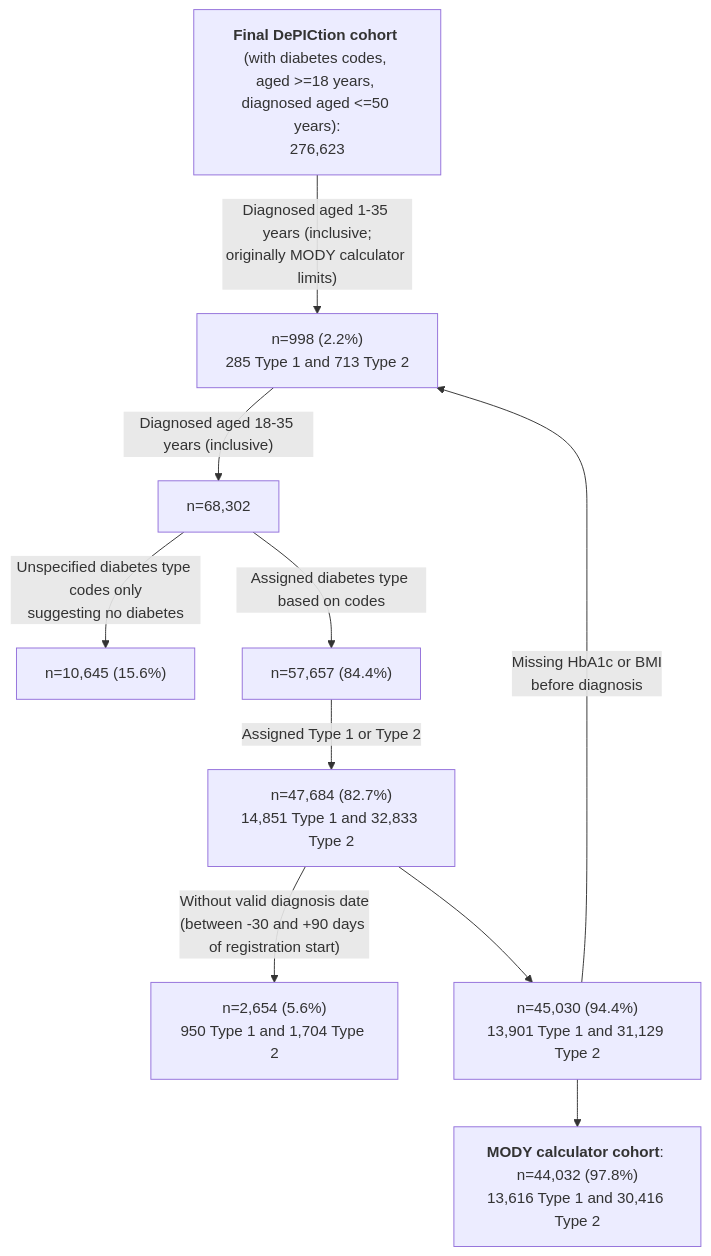
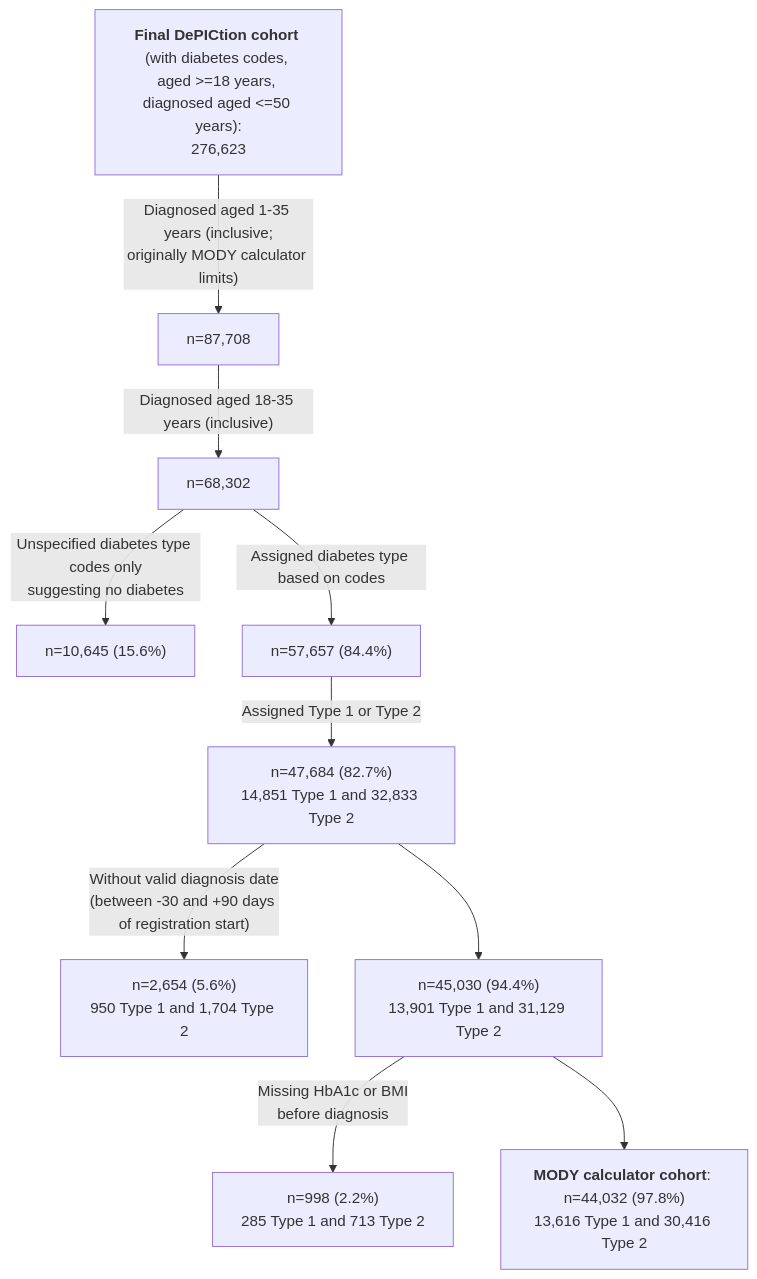
The third of 4 diagrams in README.md (Exeter-Diabetes/CPRD-Katie-DePICtion-Scripts), drawn with Mermaid before and after one commit.

````diff
--- a/README.md
+++ b/README.md
@@ -87,12 +87,12 @@
 ```mermaid
 graph TD;
-    A["<b>Final DePICtion cohort</b> (with diabetes codes, <br>aged >=18 years, diagnosed aged <=50 years):<br>276,623"] --> |"Diagnosed aged 1-35 years (inclusive;<br>originally MODY calculator limits)"| H["n=87,708"]
-    H--> |"Diagnosed aged 18-35 years (inclusive)"| B["n=68,302"]
+    A["<b>Final DePICtion cohort</b> (with diabetes codes, <br>aged >=18 years, diagnosed aged <=50 years):<br>276,623"] --> |"Diagnosed aged 1-35 years (inclusive;<br>originally MODY calculator limits)"| J["n=87,708"]
+    J --> |"Diagnosed aged 18-35 years (inclusive)"| B["n=68,302"]
     B --> |"Unspecified diabetes type codes only<br>suggesting no diabetes"| C["n=10,645 (15.6%)"]
     B --> |"Assigned diabetes type based on codes"| D["n=57,657 (84.4%)"]
     D --> |"Assigned Type 1 or Type 2"| E["n=47,684 (82.7%)<br>14,851 Type 1 and 32,833 Type 2"]
     E --> |"Without valid diagnosis date<br>(between -30 and +90 days of registration start)"| F["n=2,654 (5.6%)<br>950 Type 1 and 1,704 Type 2"]
     E --> G["n=45,030 (94.4%)<br>13,901 Type 1 and 31,129 Type 2"]
     G --> |"Missing HbA1c or BMI<br>before diagnosis"|H["n=998 (2.2%)<br>285 Type 1 and 713 Type 2"]
     G --> I["<b>MODY calculator cohort</b>: n=44,032 (97.8%)<br>13,616 Type 1 and 30,416 Type 2"]
 ```
````
